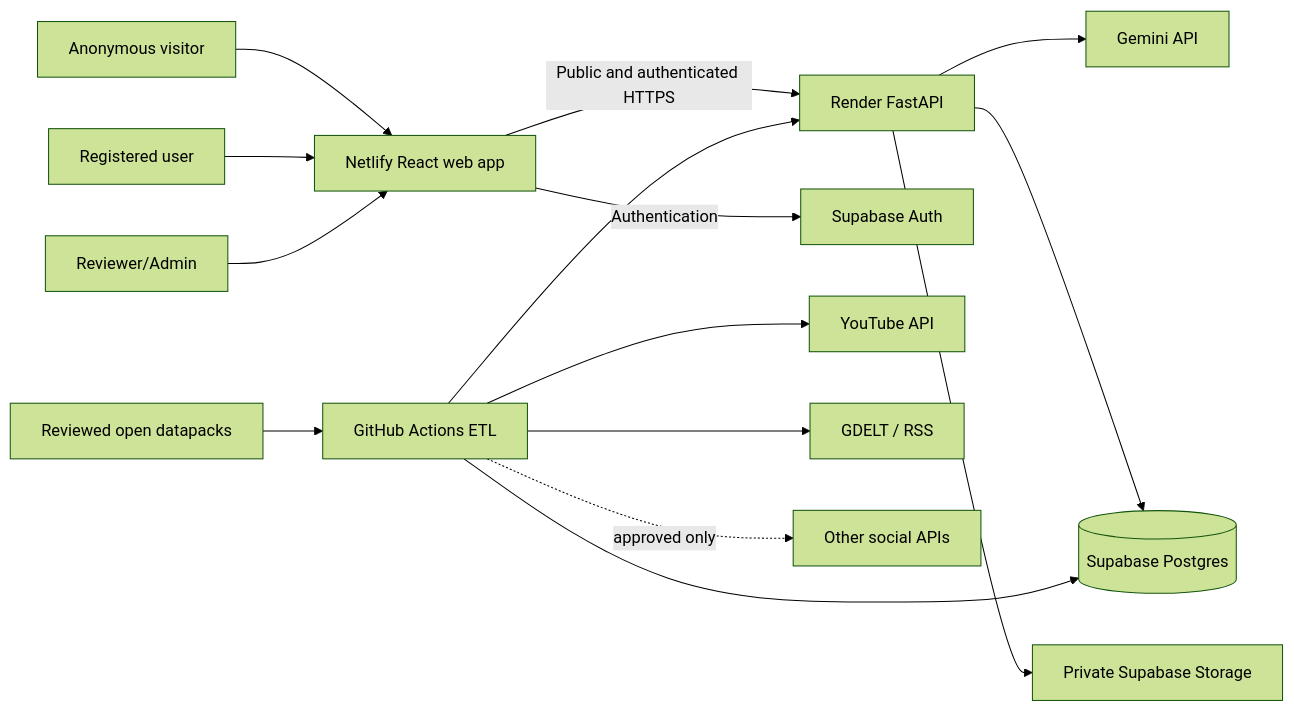
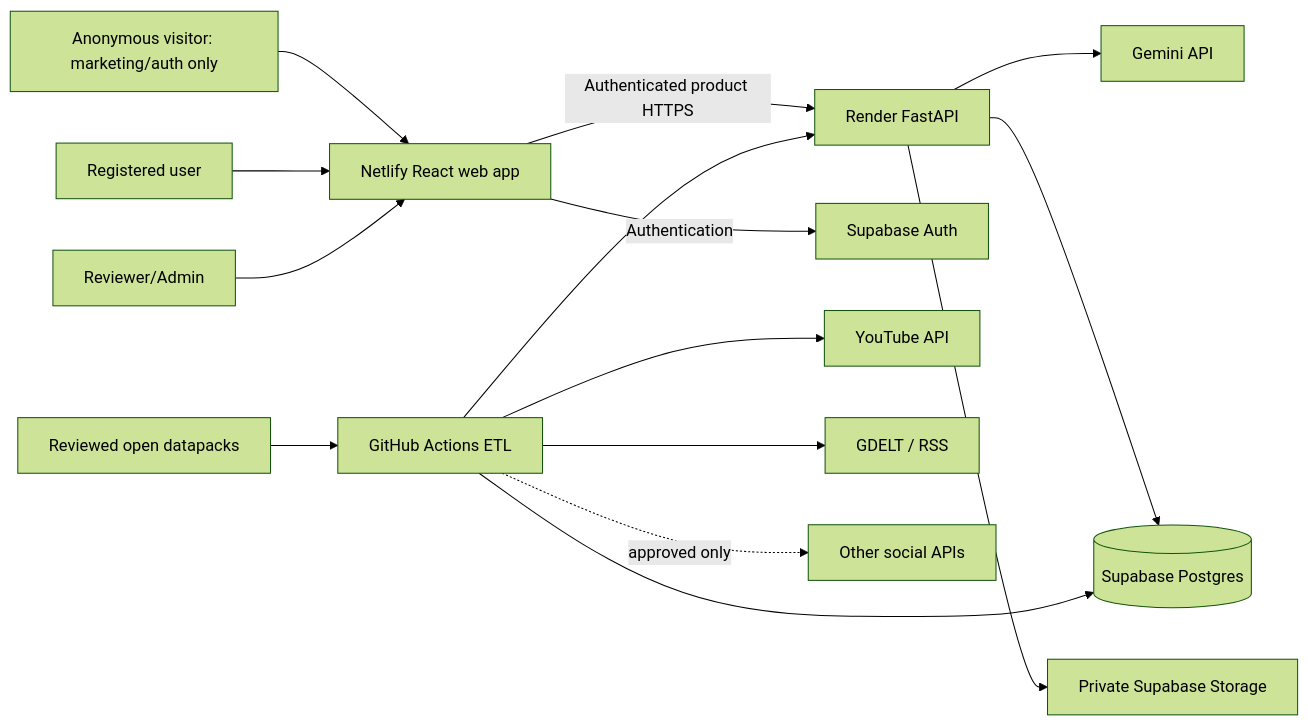
One commit to DecyfrAI/project_amanah changed the diagram in spec.md. Above: the diagram before and after it, drawn with Mermaid (forest theme). The commit also changed other lines of this file and 13 other files, not shown here.

````diff
--- a/spec.md
+++ b/spec.md
@@ -612,17 +617,17 @@
 ```mermaid
 flowchart LR
-    U[Anonymous visitor] --> W[Netlify React web app]
+    U[Anonymous visitor: marketing/auth only] --> W[Netlify React web app]
     A[Registered user] --> W
     R[Reviewer/Admin] --> W
-    W -->|Public and authenticated HTTPS| API[Render FastAPI]
+    W -->|Authenticated product HTTPS| API[Render FastAPI]
     W -->|Authentication| AUTH[Supabase Auth]
     API --> DB[(Supabase Postgres)]
     API --> STORE[Private Supabase Storage]
     API --> GEMINI[Gemini API]
     ETL[GitHub Actions ETL] --> API
     ETL --> DB
     DATA[Reviewed open datapacks] --> ETL
     ETL --> YT[YouTube API]
     ETL --> NEWS[GDELT / RSS]
     ETL -. approved only .-> SOCIAL[Other social APIs]
 ```
````
